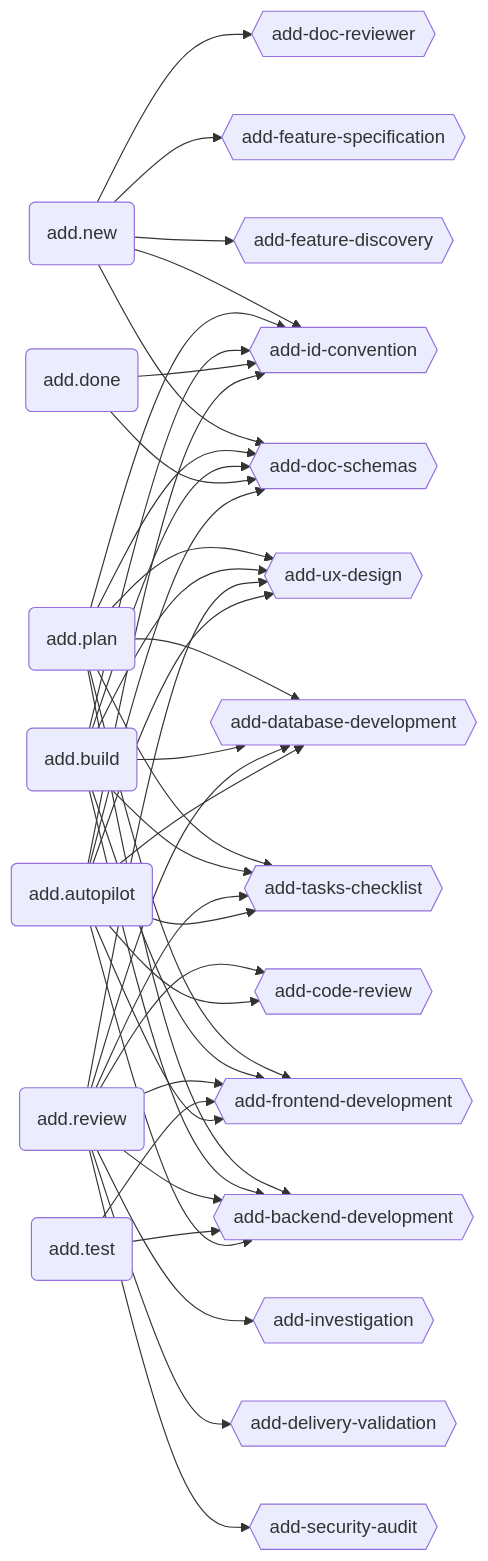
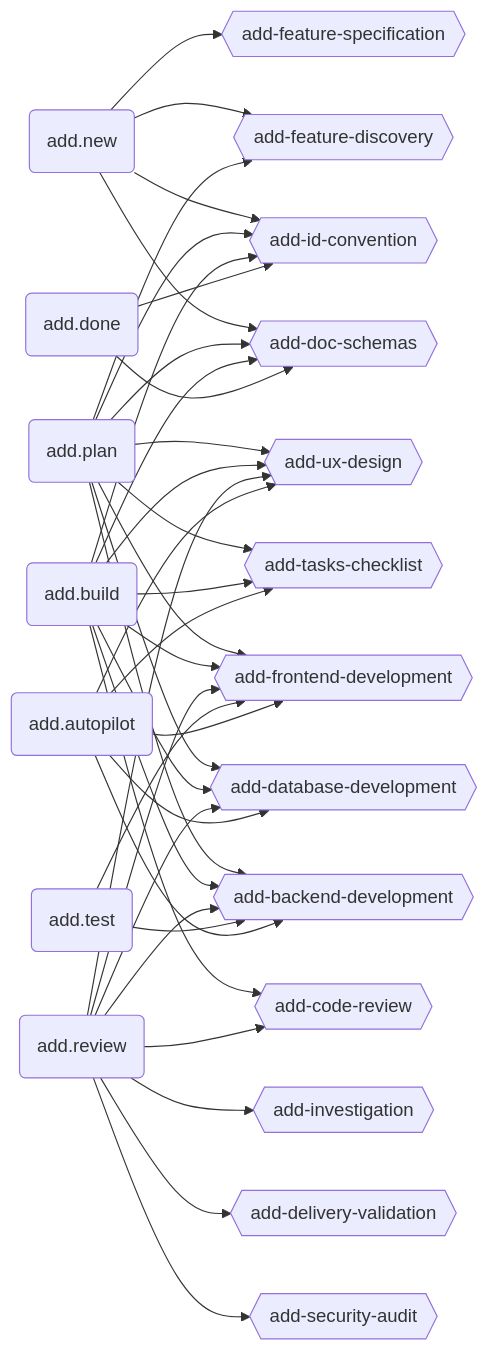
Before and after one commit to brabos-ai/code-addiction: the first of 3 diagrams in ecosystem.md, drawn with Mermaid. The commit also changed other lines of this file and 1 other file, not shown here.

````diff
--- a/ecosystem.md
+++ b/ecosystem.md
@@ -15,33 +15,32 @@
 ```mermaid
 graph LR
   NEW(add.new)
   PLAN(add.plan)
   BUILD(add.build)
   REVIEW(add.review)
   DONE(add.done)
   TEST(add.test)
   AUTO(add.autopilot)
 
   DS{{add-doc-schemas}}
   ID{{add-id-convention}}
   TC{{add-tasks-checklist}}
   BE{{add-backend-development}}
   FE{{add-frontend-development}}
   DB{{add-database-development}}
   UX{{add-ux-design}}
   CR{{add-code-review}}
   SA{{add-security-audit}}
   DV{{add-delivery-validation}}
   IV{{add-investigation}}
   FD{{add-feature-discovery}}
   FS{{add-feature-specification}}
-  DR{{add-doc-reviewer}}
 
-  NEW --> DS & ID & FD & FS & DR
-  PLAN --> DS & ID & TC & BE & FE & DB & UX
-  BUILD --> DS & ID & TC & BE & FE & DB & UX
-  REVIEW --> CR & BE & FE & DB & UX & SA & DV & TC & IV
+  NEW --> DS & ID & FD & FS
+  PLAN --> DS & ID & TC & BE & FE & DB & UX & FD
+  BUILD --> DS & ID & TC & BE & FE & DB & UX & CR
+  REVIEW --> CR & BE & FE & DB & UX & SA & DV & IV
   DONE --> DS & ID
   TEST --> BE & FE
-  AUTO --> DS & ID & TC & BE & FE & DB & UX & CR
+  AUTO --> TC & BE & FE & DB & UX
 ```
````
